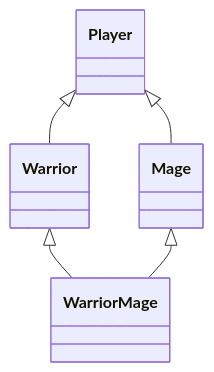
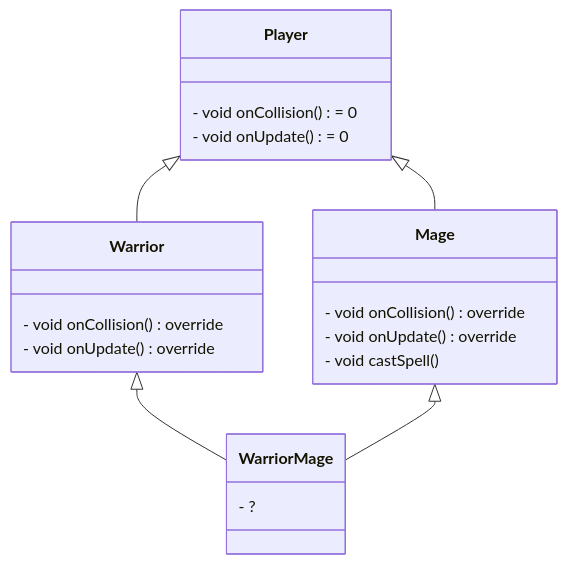
One commit to HeartBeat-Games/OOP-Courses changed the fifth of 6 diagrams in Project/ArchitectureGuide.md. Above: the diagram before and after it, drawn with Mermaid. The commit also changed other lines of this file, not shown here.

````diff
--- a/Project/ArchitectureGuide.md
+++ b/Project/ArchitectureGuide.md
@@ -286,19 +303,27 @@
 ```mermaid
 classDiagram
 
     Player <|-- Warrior
     Player <|-- Mage
     Warrior <|-- WarriorMage
     Mage <|-- WarriorMage
 
     
     class Player{
+        - void onCollision() = 0
+        - void onUpdate() = 0
     }
     class Warrior{
+        - void onCollision() override
+        - void onUpdate() override
     }
     class Mage{
+        - void onCollision() override
+        - void onUpdate() override
+        - void castSpell()
     }
     class WarriorMage{
+        - ?
     }
 
 ```
````
